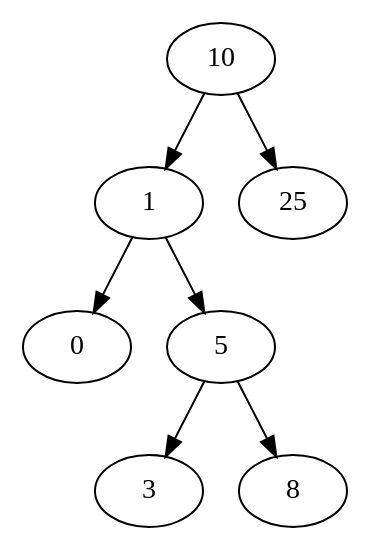
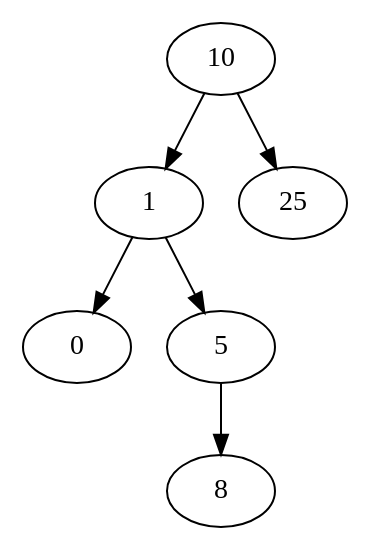
The diagram in TP3/test_rem13.dot (ejovo13/DSA_TP1), drawn with Graphviz before and after one commit. The commit also changed 15 other files, not shown here.

```diff
--- a/TP3/test_rem13.dot
+++ b/TP3/test_rem13.dot
@@ -1,9 +1,8 @@
 digraph {
   10 -> { 1 25 }
   1 -> { 0 5 }
   0
-  5 -> { 3 8 }
-  3
+  5 -> 8
   8
   25
 }
```
